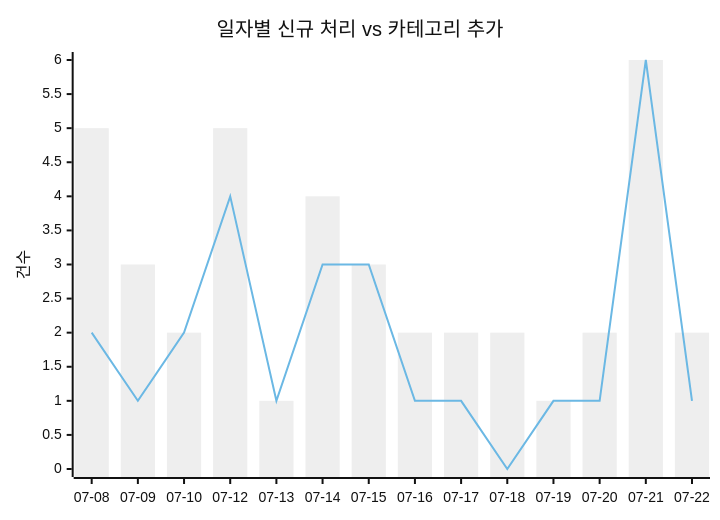
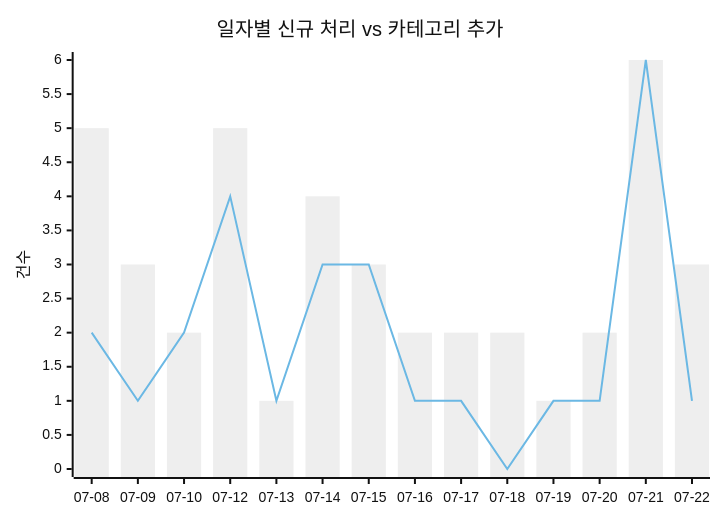
The first of 2 diagrams in docs/trends.md (J-nowcow/awesome-korean-agent-skills), drawn with Mermaid (neutral theme) before and after one commit. The commit also changed other lines of this file and 2 other files, not shown here.

````diff
--- a/docs/trends.md
+++ b/docs/trends.md
@@ -32,8 +32,8 @@
 ```mermaid
 xychart-beta
     title "일자별 신규 처리 vs 카테고리 추가"
     x-axis ["07-08","07-09","07-10","07-12","07-13","07-14","07-15","07-16","07-17","07-18","07-19","07-20","07-21","07-22"]
     y-axis "건수"
-    bar [5,3,2,5,1,4,3,2,2,2,1,2,6,2]
+    bar [5,3,2,5,1,4,3,2,2,2,1,2,6,3]
     line [2,1,2,4,1,3,3,1,1,0,1,1,6,1]
 ```
````
